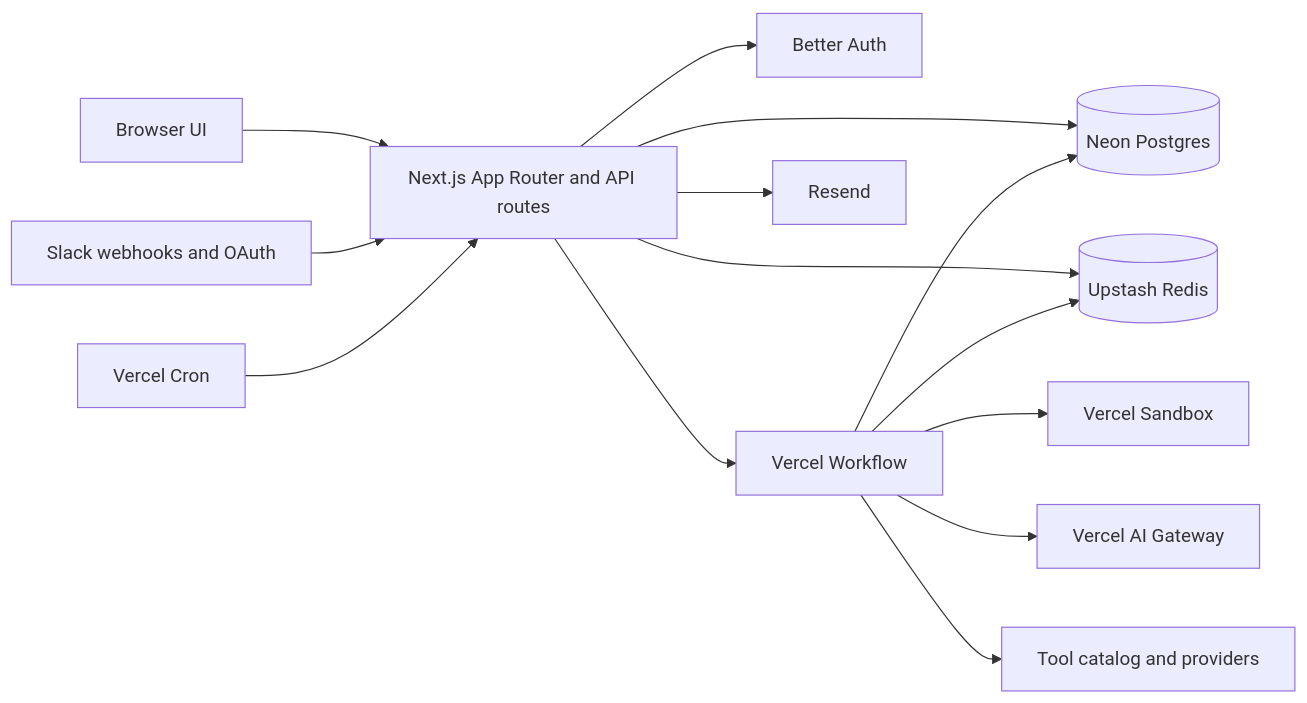
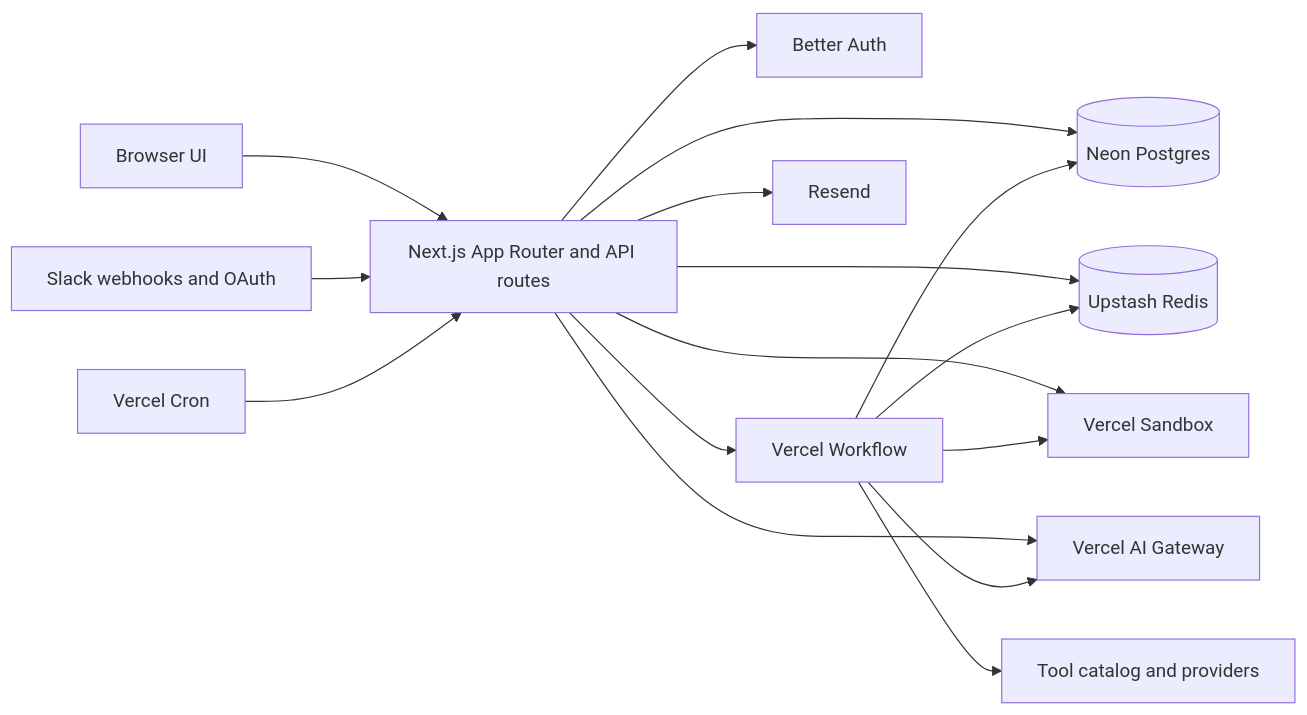
The first of 2 diagrams in docs/ARCHITECTURE.md (TommyBez/outname), drawn with Mermaid before and after one commit. The commit also changed other lines of this file and 53 other files, not shown here.

````diff
--- a/docs/ARCHITECTURE.md
+++ b/docs/ARCHITECTURE.md
@@ -11,18 +11,20 @@
 ```mermaid
 flowchart LR
   Browser[Browser UI] --> Next[Next.js App Router and API routes]
   Slack[Slack webhooks and OAuth] --> Next
   Cron[Vercel Cron] --> Next
 
   Next --> Auth[Better Auth]
   Next --> DB[(Neon Postgres)]
   Next --> Redis[(Upstash Redis)]
   Next --> Workflow[Vercel Workflow]
   Next --> Resend[Resend]
 
-  Workflow --> Sandbox[Vercel Sandbox]
-  Workflow --> Gateway[Vercel AI Gateway]
+  Next --> Gateway[Vercel AI Gateway]
+  Next --> Sandbox[Vercel Sandbox]
+  Workflow --> Sandbox
+  Workflow --> Gateway
   Workflow --> DB
   Workflow --> Redis
   Workflow --> Tools[Tool catalog and providers]
 ```
````
